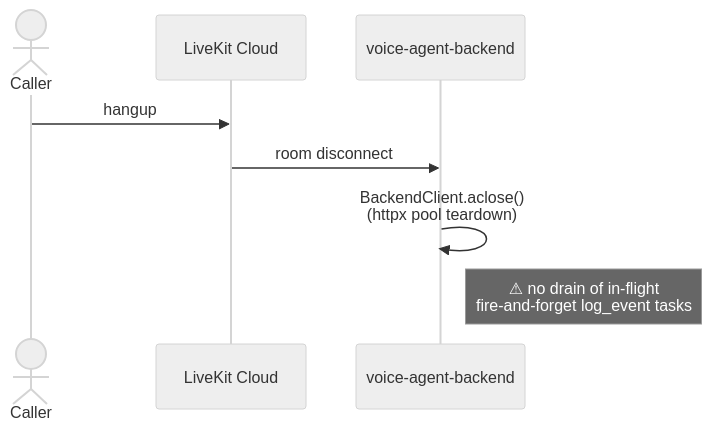
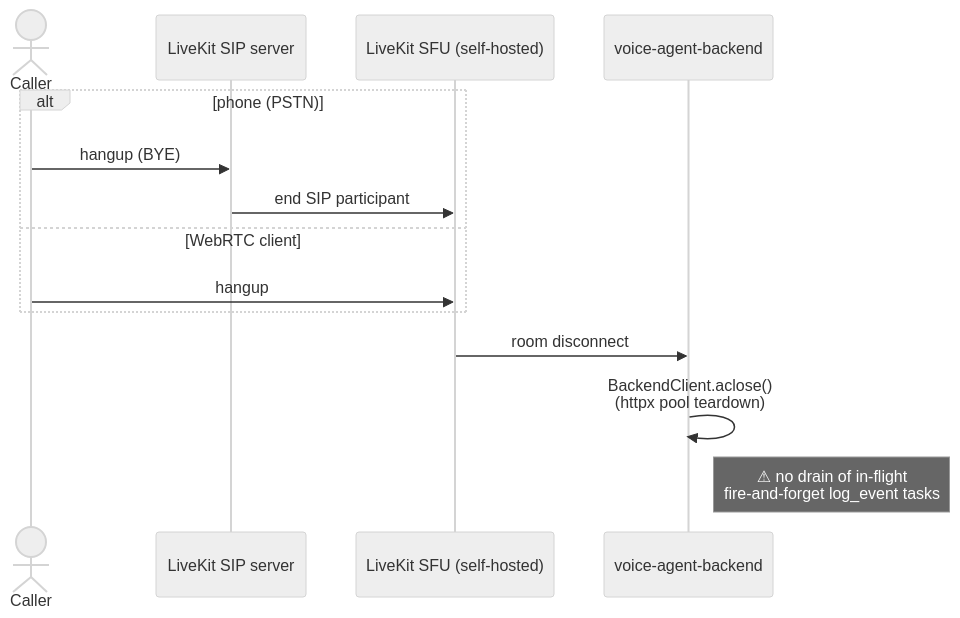
Before and after one commit to voco-dine/org-wiki: the ninth of 10 diagrams in docs/system-specification/sequence.md, drawn with Mermaid (neutral theme). The commit also changed other lines of this file, not shown here.

First line of the commit message:
docs(sequence): self-hosted LiveKit SIP + SFU at call entry points

````diff
--- a/docs/system-specification/sequence.md
+++ b/docs/system-specification/sequence.md
@@ -211,11 +218,17 @@
 ```mermaid
 sequenceDiagram
     actor Caller
-    participant LK as LiveKit Cloud
+    participant SIP as LiveKit SIP server
+    participant LK as LiveKit SFU (self-hosted)
     participant VA as voice-agent-backend
 
-    Caller->>LK: hangup
+    alt phone (PSTN)
+        Caller->>SIP: hangup (BYE)
+        SIP->>LK: end SIP participant
+    else WebRTC client
+        Caller->>LK: hangup
+    end
     LK->>VA: room disconnect
     VA->>VA: BackendClient.aclose()<br/>(httpx pool teardown)
     Note right of VA: ⚠ no drain of in-flight<br/>fire-and-forget log_event tasks
 ```
````
